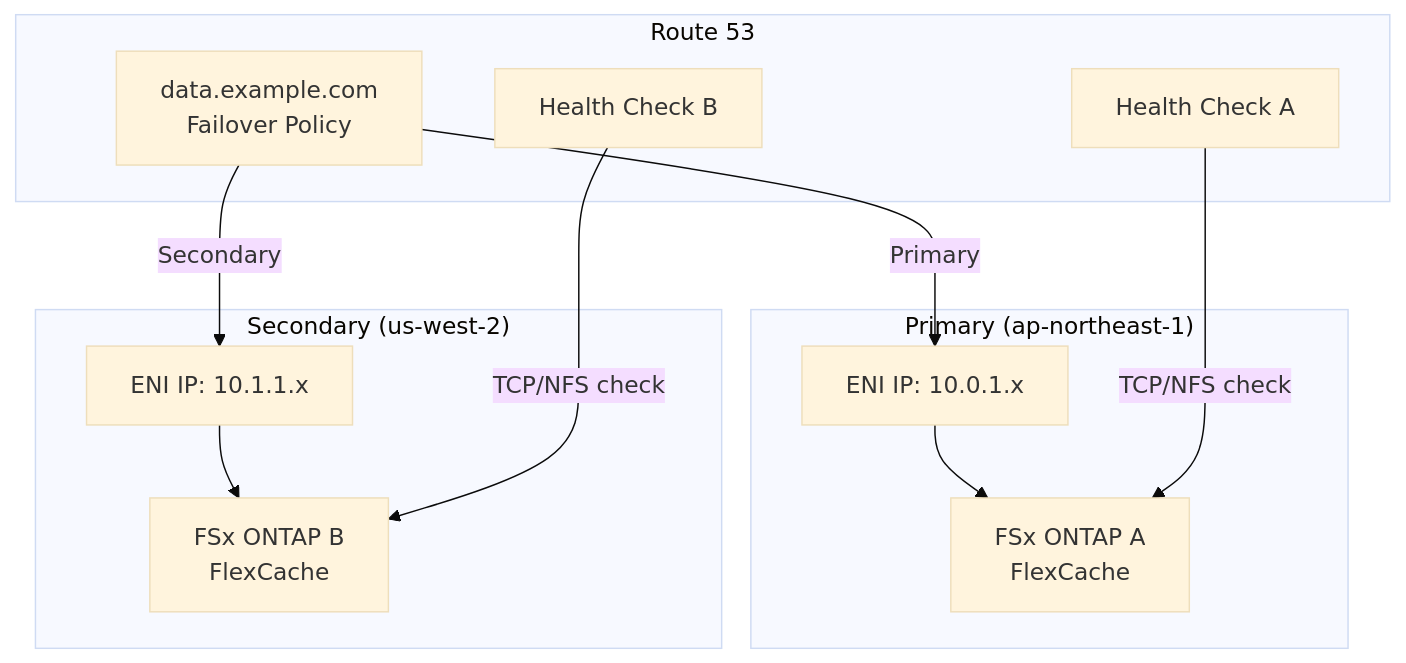
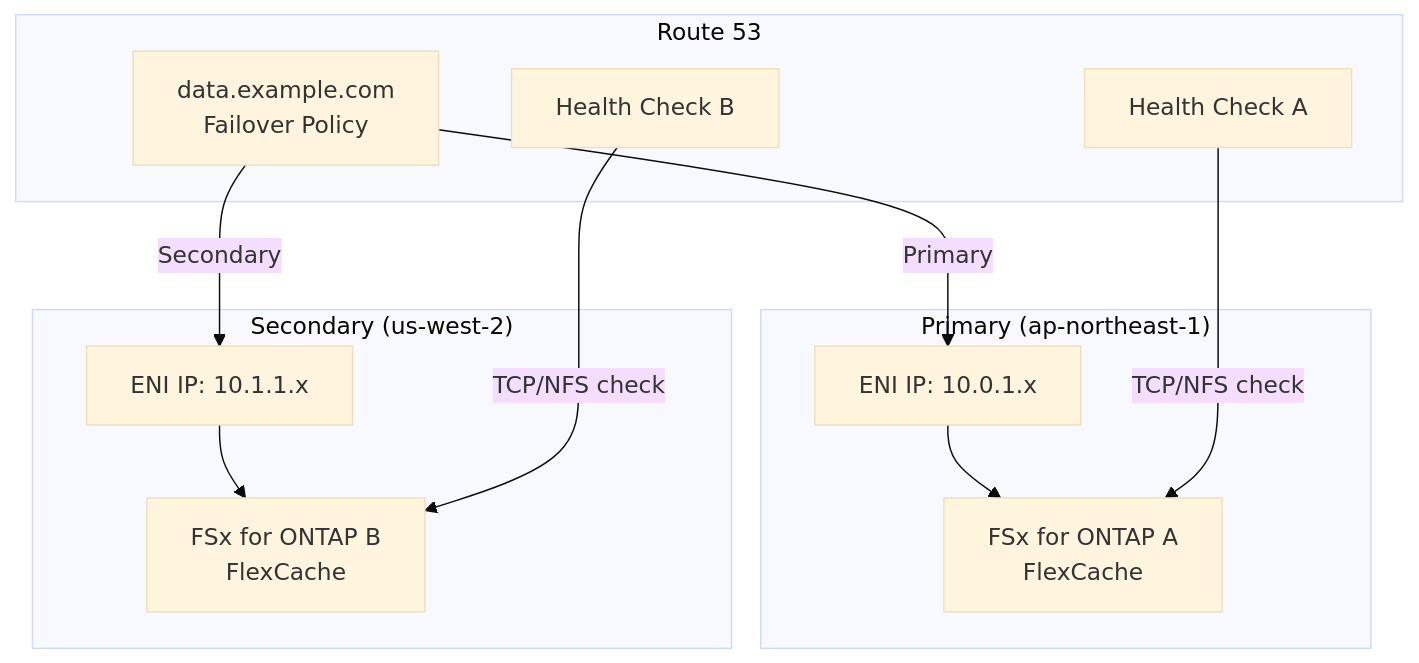
One commit to Yoshiki0705/FSx-for-ONTAP-S3AccessPoints-Serverless-Patterns changed the first of 3 diagrams in flexcache-anycast-dr/docs/network-design-bgp-vip.md. Above: the diagram before and after it, drawn with Mermaid (base theme). The commit also changed other lines of this file and 752 other files, not shown here.

````diff
--- a/flexcache-anycast-dr/docs/network-design-bgp-vip.md
+++ b/flexcache-anycast-dr/docs/network-design-bgp-vip.md
@@ -85,20 +85,20 @@
 ```mermaid
 graph TB
     subgraph "Route 53"
         R53[data.example.com<br/>Failover Policy]
         HC_A[Health Check A]
         HC_B[Health Check B]
     end
     subgraph "Primary (ap-northeast-1)"
-        FSX_A[FSx ONTAP A<br/>FlexCache]
+        FSX_A[FSx for ONTAP A<br/>FlexCache]
         ENI_A[ENI IP: 10.0.1.x]
     end
     subgraph "Secondary (us-west-2)"
-        FSX_B[FSx ONTAP B<br/>FlexCache]
+        FSX_B[FSx for ONTAP B<br/>FlexCache]
         ENI_B[ENI IP: 10.1.1.x]
     end
     R53 -->|Primary| ENI_A --> FSX_A
     R53 -->|Secondary| ENI_B --> FSX_B
     HC_A -->|TCP/NFS check| FSX_A
     HC_B -->|TCP/NFS check| FSX_B
 ```
````
